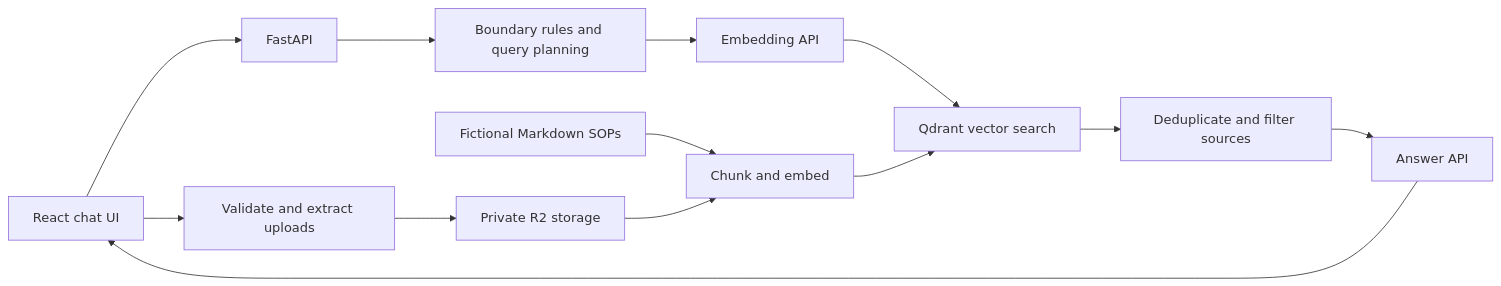
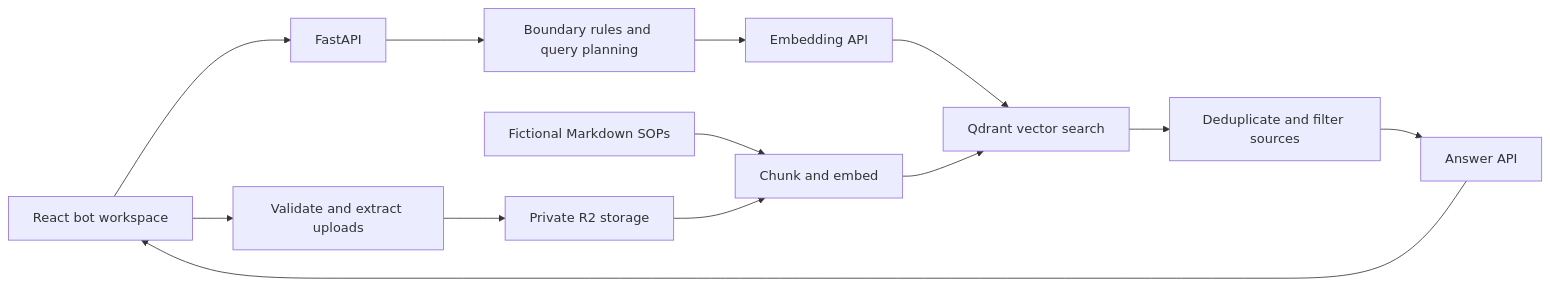
One commit to aminhaiqal/sentral-ops-private-sop-assistant changed the diagram in docs/architecture.md. Above: the diagram before and after it, drawn with Mermaid. The commit also changed other lines of this file and 21 other files, not shown here.

Commit message:
Build Axelyn bot workspace with tasks, memory and scheduled routines

````diff
--- a/docs/architecture.md
+++ b/docs/architecture.md
@@ -7,15 +7,15 @@
 ```mermaid
 flowchart LR
-    UI[React chat UI] --> API[FastAPI]
+    UI[React bot workspace] --> API[FastAPI]
     API --> Rules[Boundary rules and query planning]
     Rules --> Embeddings[Embedding API]
     Embeddings --> Search[Qdrant vector search]
     Search --> Grounding[Deduplicate and filter sources]
     Grounding --> Answer[Answer API]
     Answer --> UI
     SOPs[Fictional Markdown SOPs] --> Index[Chunk and embed]
     Index --> Search
     UI --> Upload[Validate and extract uploads]
     Upload --> R2[Private R2 storage]
     R2 --> Index
 ```
````
